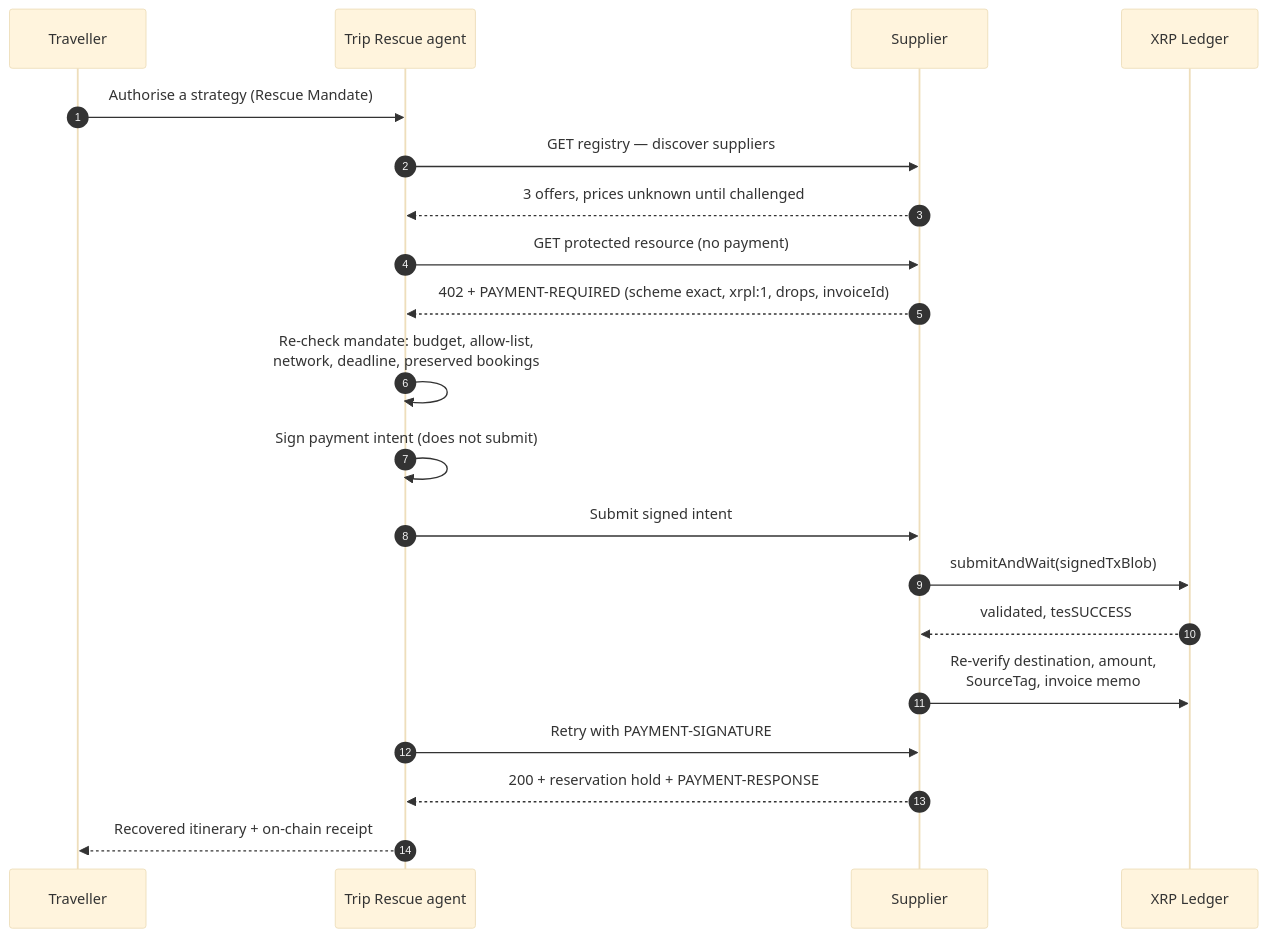
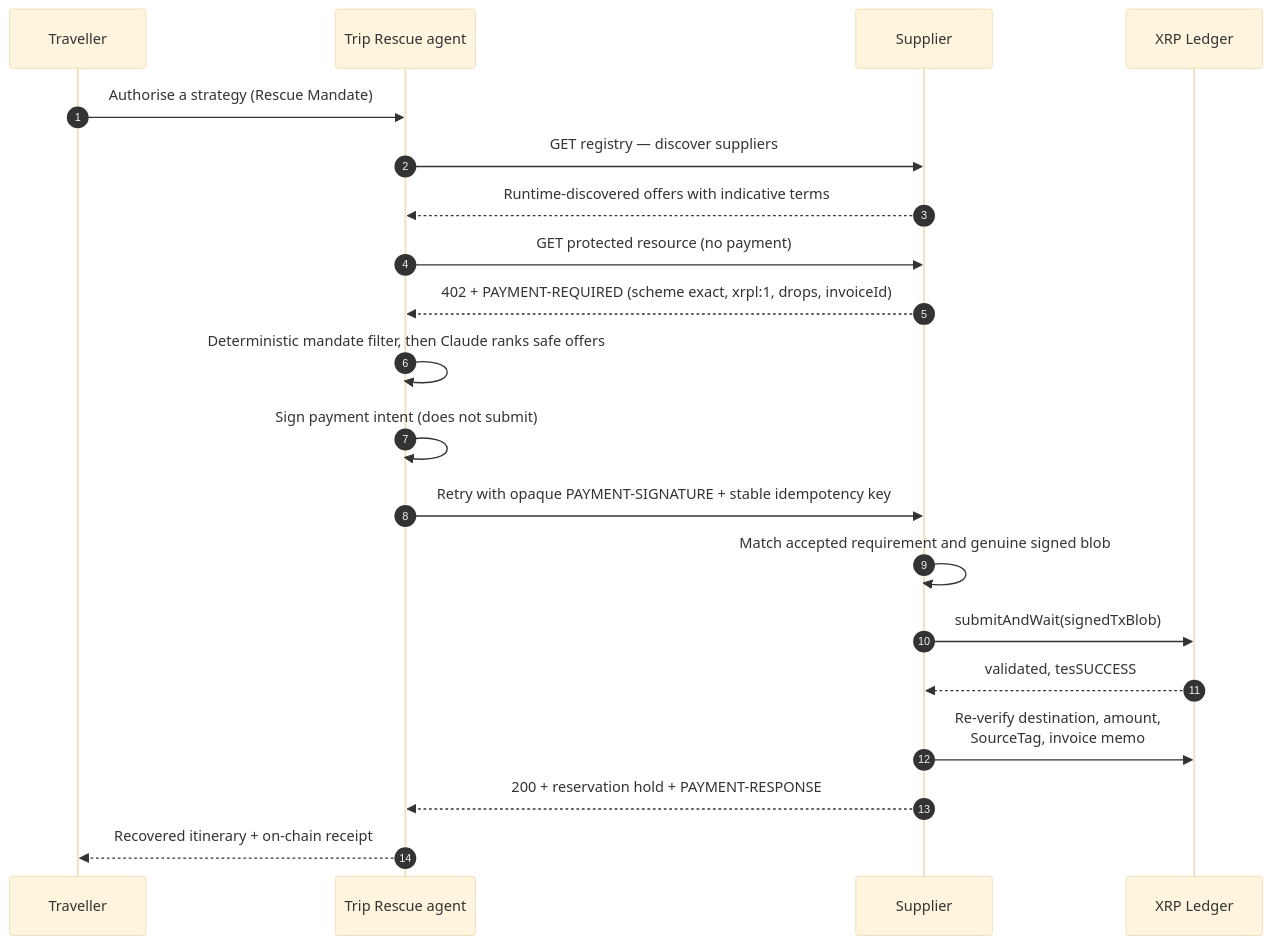
Before and after one commit to javerinetan/TripRescue: the second of 2 diagrams in README.md, drawn with Mermaid (base theme). The commit also changed other lines of this file and 24 other files, not shown here.

````diff
--- a/README.md
+++ b/README.md
@@ -147,23 +151,23 @@
 ```mermaid
 sequenceDiagram
     autonumber
     participant T as Traveller
     participant A as Trip Rescue agent
     participant S as Supplier
     participant L as XRP Ledger
 
     T->>A: Authorise a strategy (Rescue Mandate)
     A->>S: GET registry — discover suppliers
-    S-->>A: 3 offers, prices unknown until challenged
+    S-->>A: Runtime-discovered offers with indicative terms
     A->>S: GET protected resource (no payment)
     S-->>A: 402 + PAYMENT-REQUIRED (scheme exact, xrpl:1, drops, invoiceId)
-    A->>A: Re-check mandate: budget, allow-list,<br/>network, deadline, preserved bookings
+    A->>A: Deterministic mandate filter, then Claude ranks safe offers
     A->>A: Sign payment intent (does not submit)
-    A->>S: Submit signed intent
+    A->>S: Retry with opaque PAYMENT-SIGNATURE + stable idempotency key
+    S->>S: Match accepted requirement and genuine signed blob
     S->>L: submitAndWait(signedTxBlob)
     L-->>S: validated, tesSUCCESS
     S->>L: Re-verify destination, amount,<br/>SourceTag, invoice memo
-    A->>S: Retry with PAYMENT-SIGNATURE
     S-->>A: 200 + reservation hold + PAYMENT-RESPONSE
     A-->>T: Recovered itinerary + on-chain receipt
 ```
````
